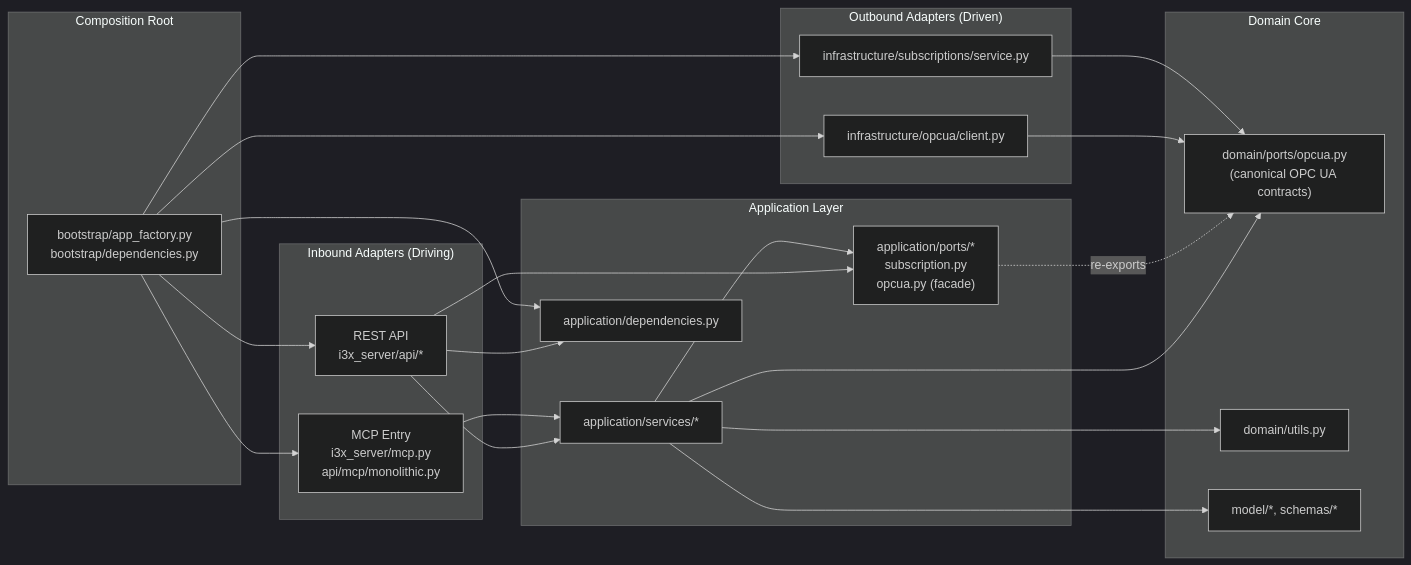
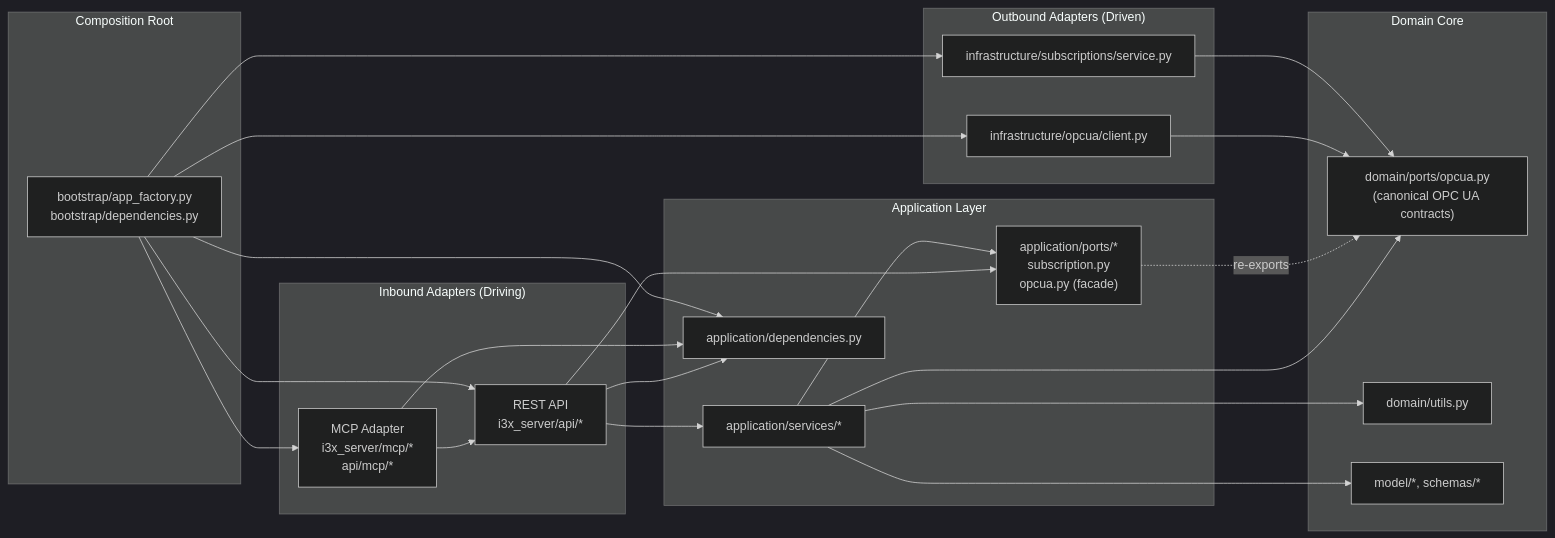
The diagram in docs/architecture.md (AndreasHeine/i3x2ua), drawn with Mermaid (dark theme) before and after one commit. The commit also changed other lines of this file and 21 other files, not shown here.

First line of the commit message:
refactor(mcp): organize adapter code into package modules

````diff
--- a/docs/architecture.md
+++ b/docs/architecture.md
@@ -9,49 +9,50 @@
 ```mermaid
 graph LR
 	subgraph Inbound["Inbound Adapters (Driving)"]
 		REST["REST API\ni3x_server/api/*"]
-		MCP["MCP Entry\ni3x_server/mcp.py\napi/mcp/monolithic.py"]
+		MCP["MCP Adapter\ni3x_server/mcp/*\napi/mcp/*"]
 	end
 
 	subgraph Bootstrap["Composition Root"]
 		BOOT["bootstrap/app_factory.py\nbootstrap/dependencies.py"]
 	end
 
 	subgraph App["Application Layer"]
 		APP_SVC["application/services/*"]
 		APP_DEP["application/dependencies.py"]
 		APP_PORTS["application/ports/*\nsubscription.py\nopcua.py (facade)"]
 	end
 
 	subgraph Domain["Domain Core"]
 		DOM_PORTS["domain/ports/opcua.py\n(canonical OPC UA contracts)"]
 		DOM_UTIL["domain/utils.py"]
 		DOM_MODEL["model/*, schemas/*"]
 	end
 
 	subgraph Outbound["Outbound Adapters (Driven)"]
 		OPCUA_ADAPTER["infrastructure/opcua/client.py"]
 		SUB_ADAPTER["infrastructure/subscriptions/service.py"]
 	end
 
 	REST --> APP_SVC
 	REST --> APP_DEP
 	REST --> APP_PORTS
-	MCP --> APP_SVC
+	MCP --> REST
+	MCP --> APP_DEP
 
 	BOOT --> REST
 	BOOT --> MCP
 	BOOT --> APP_DEP
 	BOOT --> OPCUA_ADAPTER
 	BOOT --> SUB_ADAPTER
 
 	APP_SVC --> APP_PORTS
 	APP_SVC --> DOM_PORTS
 	APP_SVC --> DOM_UTIL
 	APP_SVC --> DOM_MODEL
 
 	APP_PORTS -."re-exports".-> DOM_PORTS
 
 	OPCUA_ADAPTER --> DOM_PORTS
 	SUB_ADAPTER --> DOM_PORTS
 ```
````
